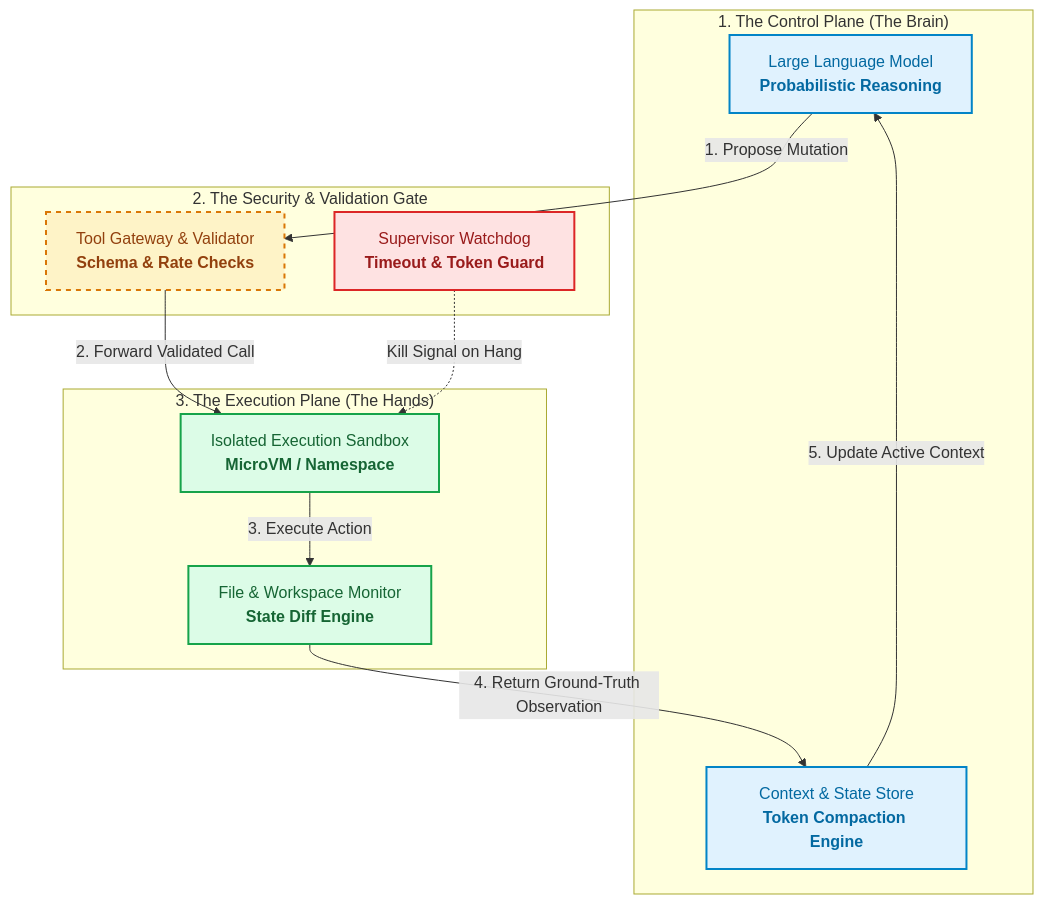
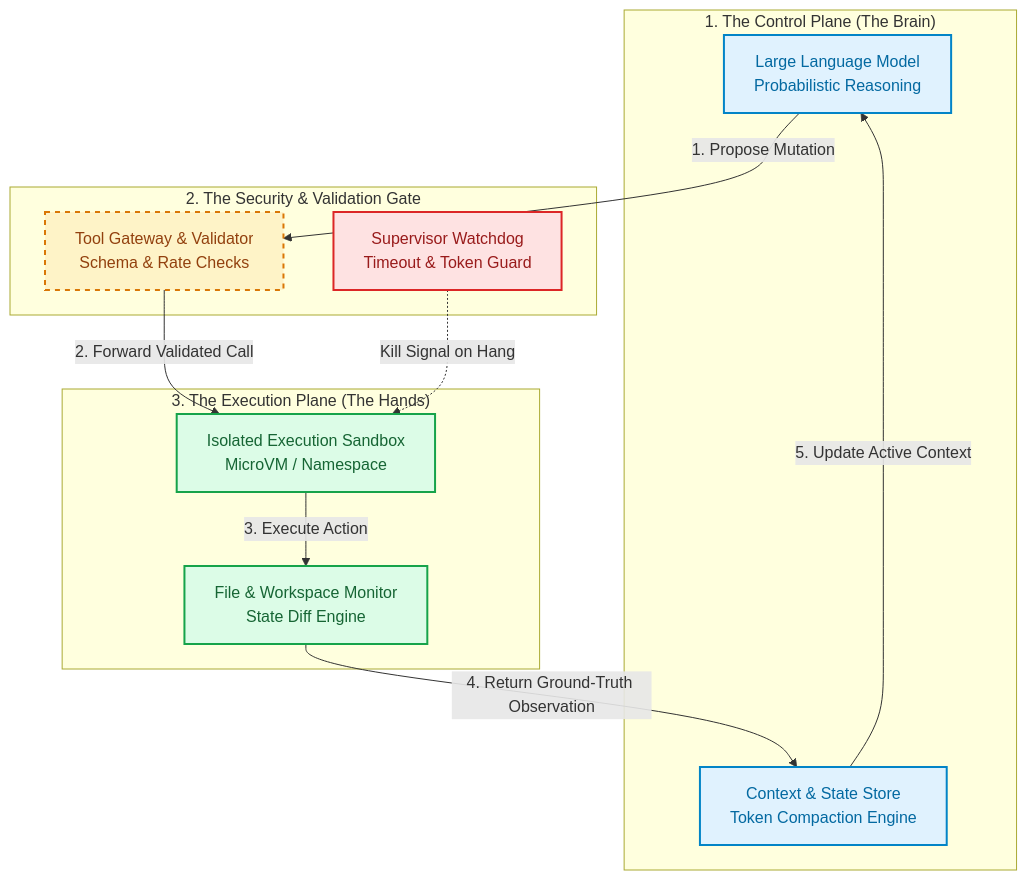
One commit to tharun15/gcloudcafe changed the diagram in editorial-plans/agent-harness-engineering/SERIES_ROADMAP.md. Above: the diagram before and after it, drawn with Mermaid. The commit also changed 1 other file, not shown here.

Commit message:
fix(blog): remove raw b tags from Mermaid diagrams and simplify technical jargon

````diff
--- a/editorial-plans/agent-harness-engineering/SERIES_ROADMAP.md
+++ b/editorial-plans/agent-harness-engineering/SERIES_ROADMAP.md
@@ -24,29 +24,29 @@
 ```mermaid
 flowchart TD
     classDef brain fill:#E0F2FE,stroke:#0284C7,stroke-width:2px,color:#0369A1;
     classDef boundary fill:#FEF3C7,stroke:#D97706,stroke-width:2px,stroke-dasharray: 5 5,color:#92400E;
     classDef harness fill:#DCFCE7,stroke:#16A34A,stroke-width:2px,color:#166534;
     classDef alert fill:#FEE2E2,stroke:#DC2626,stroke-width:2px,color:#991B1B;
 
     subgraph ControlPlane ["1. The Control Plane (The Brain)"]
-        LLM["Large Language Model<br/><b>Probabilistic Reasoning</b>"]:::brain
-        ContextManager["Context & State Store<br/><b>Token Compaction Engine</b>"]:::brain
+        LLM["Large Language Model<br/>Probabilistic Reasoning"]:::brain
+        ContextManager["Context & State Store<br/>Token Compaction Engine"]:::brain
     end
 
     subgraph IsolationBarrier ["2. The Security & Validation Gate"]
-        Gateway["Tool Gateway & Validator<br/><b>Schema & Rate Checks</b>"]:::boundary
-        Watchdog["Supervisor Watchdog<br/><b>Timeout & Token Guard</b>"]:::alert
+        Gateway["Tool Gateway & Validator<br/>Schema & Rate Checks"]:::boundary
+        Watchdog["Supervisor Watchdog<br/>Timeout & Token Guard"]:::alert
     end
 
     subgraph ExecutionPlane ["3. The Execution Plane (The Hands)"]
-        Sandbox["Isolated Execution Sandbox<br/><b>MicroVM / Namespace</b>"]:::harness
-        FSWatcher["File & Workspace Monitor<br/><b>State Diff Engine</b>"]:::harness
+        Sandbox["Isolated Execution Sandbox<br/>MicroVM / Namespace"]:::harness
+        WorkspaceTracker["File & Workspace Monitor<br/>State Diff Engine"]:::harness
     end
 
     LLM -->|"1. Propose Mutation"| Gateway
     Gateway -->|"2. Forward Validated Call"| Sandbox
-    Sandbox -->|"3. Execute Action"| FSWatcher
-    FSWatcher -->|"4. Return Ground-Truth Observation"| ContextManager
+    Sandbox -->|"3. Execute Action"| WorkspaceTracker
+    WorkspaceTracker -->|"4. Return Ground-Truth Observation"| ContextManager
     ContextManager -->|"5. Update Active Context"| LLM
     Watchdog -.->|"Kill Signal on Hang"| Sandbox
 ```
````
